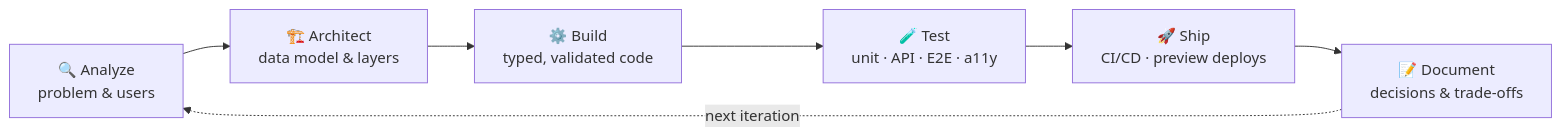
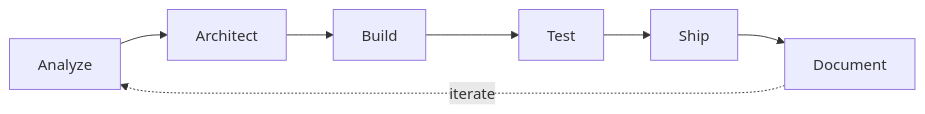
The first of 2 diagrams in README.md (sebastianjaimesr/sebastianjaimesr), drawn with Mermaid before and after one commit. The commit also changed other lines of this file, not shown here.

First line of the commit message:
docs(profile): fix badge contrast, compact diagrams, hide stats rank

````diff
--- a/README.md
+++ b/README.md
@@ -58,9 +58,5 @@
 ```mermaid
 flowchart LR
-    A["🔍 Analyze<br/>problem & users"] --> B["🏗️ Architect<br/>data model & layers"]
-    B --> C["⚙️ Build<br/>typed, validated code"]
-    C --> D["🧪 Test<br/>unit · API · E2E · a11y"]
-    D --> E["🚀 Ship<br/>CI/CD · preview deploys"]
-    E --> F["📝 Document<br/>decisions & trade-offs"]
-    F -.->|next iteration| A
+    A[Analyze] --> B[Architect] --> C[Build] --> D[Test] --> E[Ship] --> F[Document]
+    F -.->|iterate| A
 ```
````
